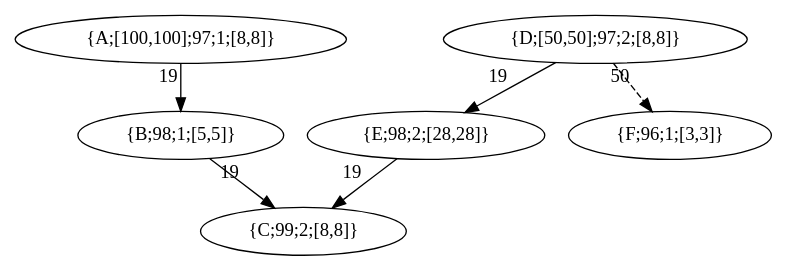
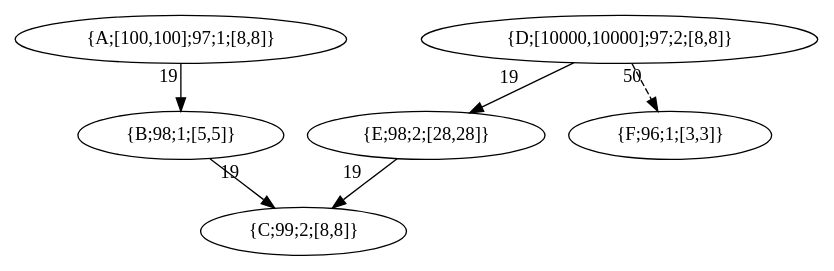
The diagram in example/common.dot (kevindadi/PPTPN), drawn with Graphviz before and after one commit. The commit also changed 4 other files, not shown here.

Commit message:
更新图形表示，调整节点标签和连接关系，优化代码格式，修复日志输出问题

```diff
--- a/example/common.dot
+++ b/example/common.dot
@@ -1,13 +1,13 @@
 digraph G {
     A [label = "{A;[100,100];97;1;[8,8]}";];
     A -> B [xlabel = "19"; style = "";];
     B [label = "{B;98;1;[5,5]}";];
     B -> C [xlabel = "19"; style = "";];
     C [label = "{C;99;2;[8,8]}";];
-    D [label = "{D;[50,50];97;2;[8,8]}";];
+    D [label = "{D;[10000,10000];97;2;[8,8]}";];
     D -> E [xlabel = "19"; style = "";];
     E [label = "{E;98;2;[28,28]}";];
     E -> C [xlabel = "19"; style = "";];
     D -> F [xlabel = "50"; style = "dashed";];
     F [label = "{F;96;1;[3,3]}";];
 }
```
